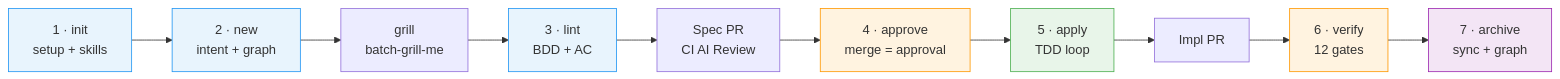
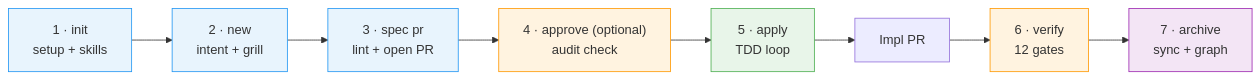
The first of 2 diagrams in README.md (akjamie/agentic-sdlc), drawn with Mermaid before and after one commit. The commit also changed other lines of this file, not shown here.

Commit message:
docs(readme): streamline stage tables by hiding internal sub-steps and marking Stage 4 Approve as optional

````diff
--- a/README.md
+++ b/README.md
@@ -112,16 +109,17 @@
 ```mermaid
 flowchart LR
-    S1["1 · init<br/>setup + skills"] --> S2["2 · new<br/>intent + graph"]
-    S2 --> G["grill<br/>batch-grill-me"] --> S3["3 · lint<br/>BDD + AC"]
-    S3 --> PR["Spec PR<br/>CI AI Review"] --> S4["4 · approve<br/>merge = approval"]
-    S4 --> S5["5 · apply<br/>TDD loop"] --> PR2["Impl PR"]
+    S1["1 · init<br/>setup + skills"] --> S2["2 · new<br/>intent + grill"]
+    S2 --> S3["3 · spec pr<br/>lint + open PR"]
+    S3 --> S4["4 · approve (optional)<br/>audit check"]
+    S4 --> S5["5 · apply<br/>TDD loop"]
+    S5 --> PR2["Impl PR"]
     PR2 --> S6["6 · verify<br/>12 gates"] --> S7["7 · archive<br/>sync + graph"]
 
     style S1 fill:#e8f4fd,stroke:#2196f3
     style S2 fill:#e8f4fd,stroke:#2196f3
     style S3 fill:#e8f4fd,stroke:#2196f3
     style S4 fill:#fff3e0,stroke:#ff9800
     style S5 fill:#e8f5e9,stroke:#4caf50
     style S6 fill:#fff3e0,stroke:#ff9800
     style S7 fill:#f3e5f5,stroke:#9c27b0
 ```
````
